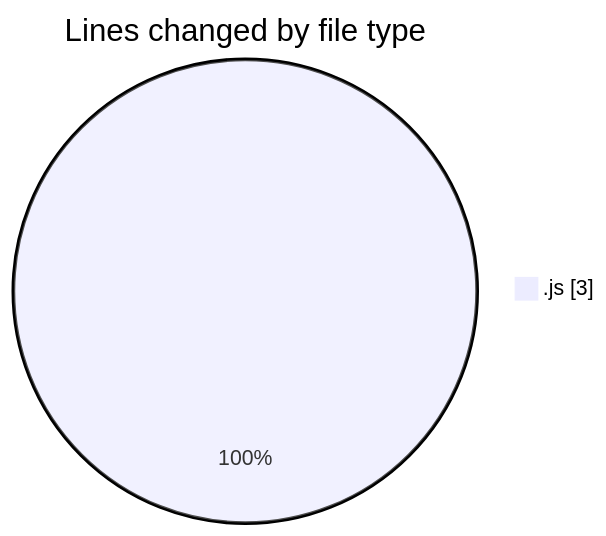
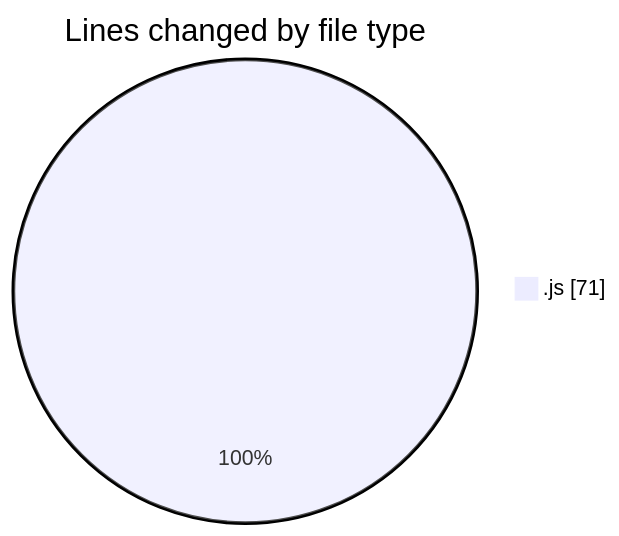
One commit to Ritupan-Deka/code-tracking changed the first of 2 diagrams in 2025-07-21/javascript/README.md. Above: the diagram before and after it, drawn with Mermaid. The commit also changed other lines of this file and 1 other file, not shown here.

````diff
--- a/2025-07-21/javascript/README.md
+++ b/2025-07-21/javascript/README.md
@@ -21,5 +21,5 @@
 ```mermaid
 pie showData
 title Lines changed by file type
-".js" : 3
+".js" : 71
 ```
````
